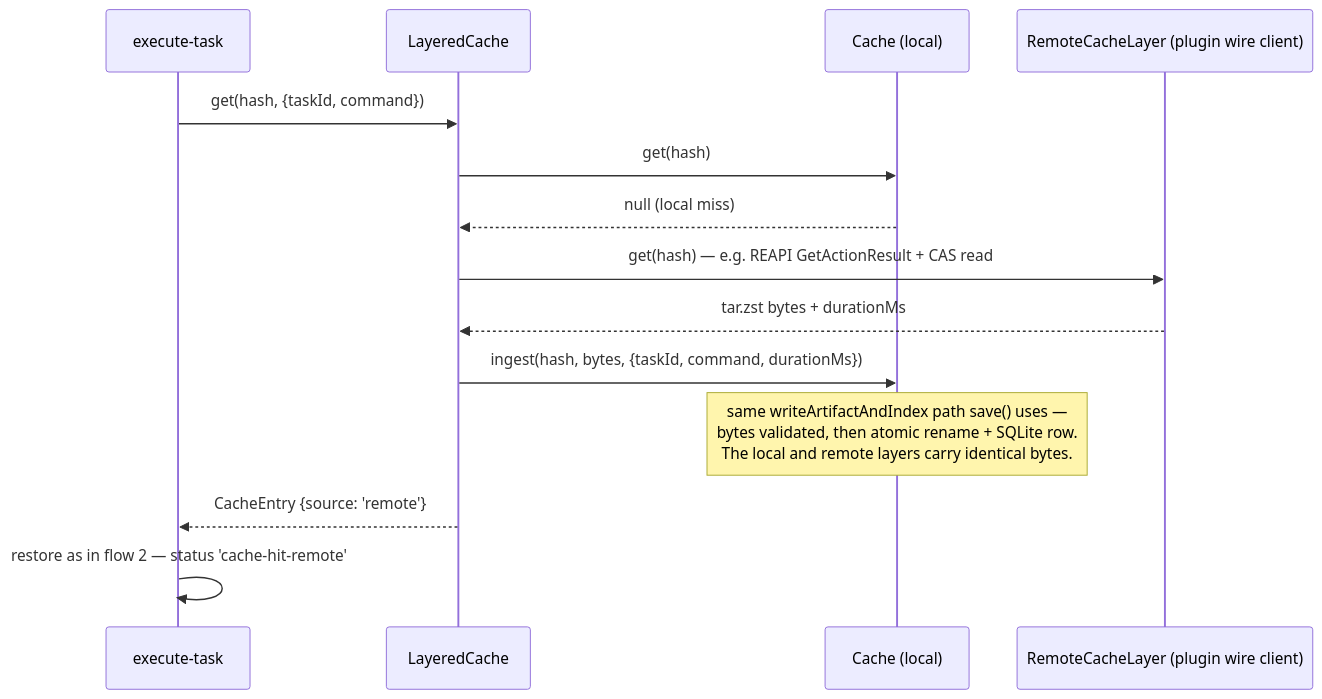
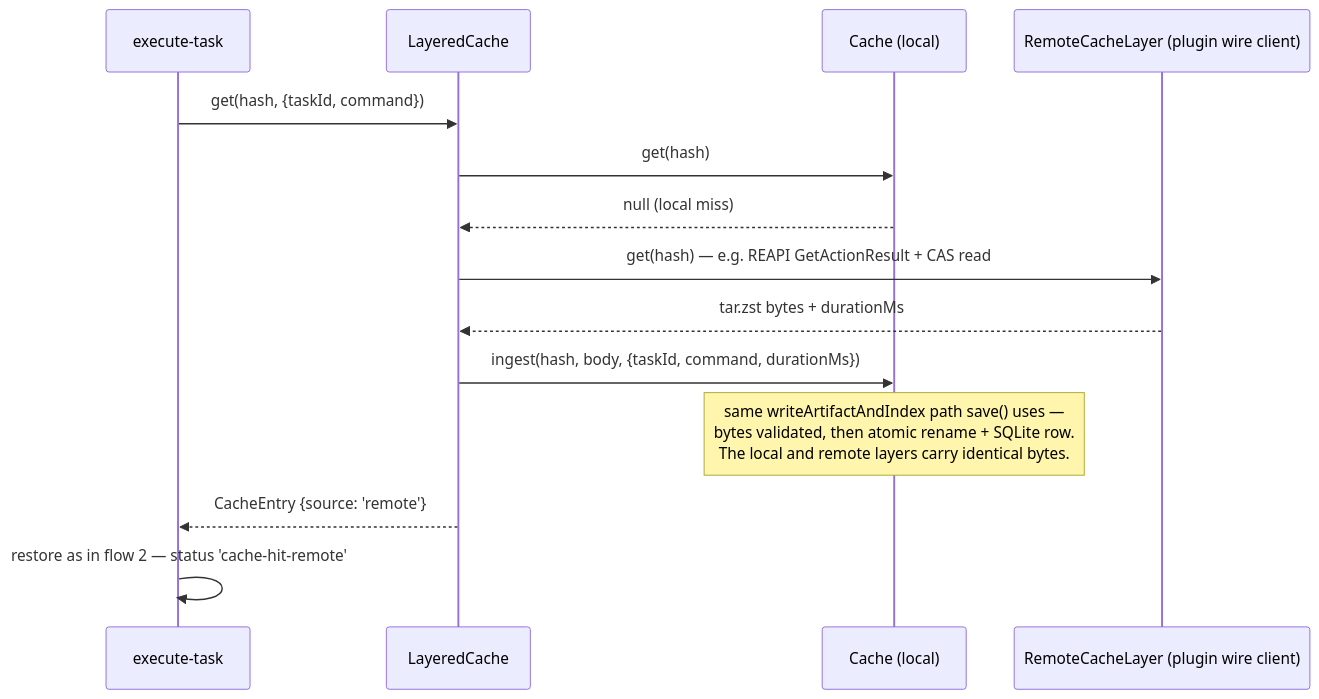
One commit to vznjs/vx changed the third of 10 diagrams in packages/vx/docs/flows.md. Above: the diagram before and after it, drawn with Mermaid. The commit also changed 30 other files, not shown here.

````diff
--- a/packages/vx/docs/flows.md
+++ b/packages/vx/docs/flows.md
@@ -79,17 +79,17 @@
 ```mermaid
 sequenceDiagram
     participant X as execute-task
     participant L as LayeredCache
     participant LC as Cache (local)
     participant RC as RemoteCacheLayer (plugin wire client)
 
     X->>L: get(hash, {taskId, command})
     L->>LC: get(hash)
     LC-->>L: null (local miss)
     L->>RC: get(hash) — e.g. REAPI GetActionResult + CAS read
     RC-->>L: tar.zst bytes + durationMs
-    L->>LC: ingest(hash, bytes, {taskId, command, durationMs})
+    L->>LC: ingest(hash, body, {taskId, command, durationMs})
     Note over LC: same writeArtifactAndIndex path save() uses —<br/>bytes validated, then atomic rename + SQLite row.<br/>The local and remote layers carry identical bytes.
     L-->>X: CacheEntry {source: 'remote'}
     X->>X: restore as in flow 2 — status 'cache-hit-remote'
 ```
````
